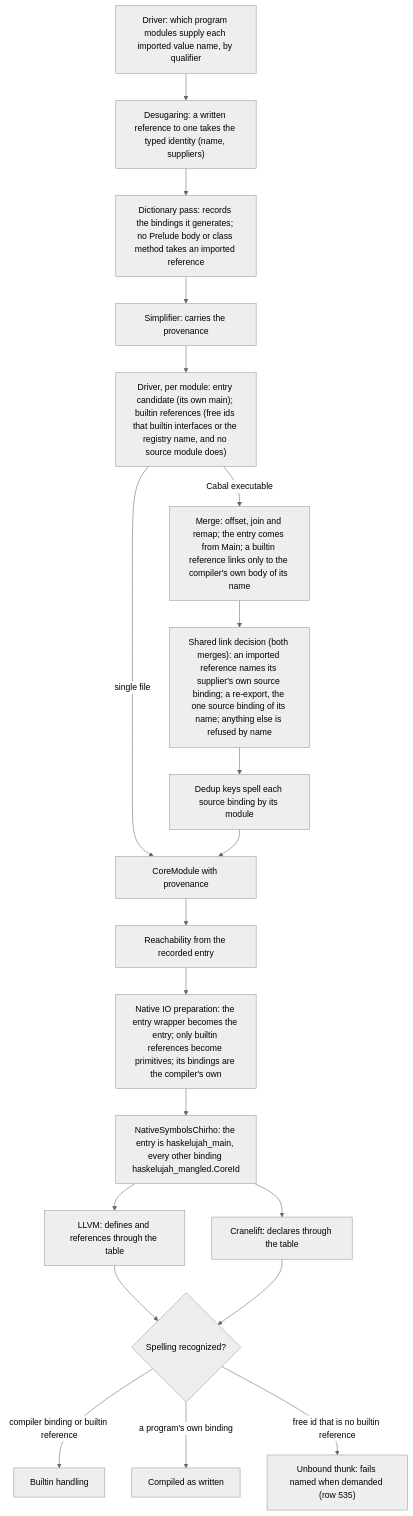
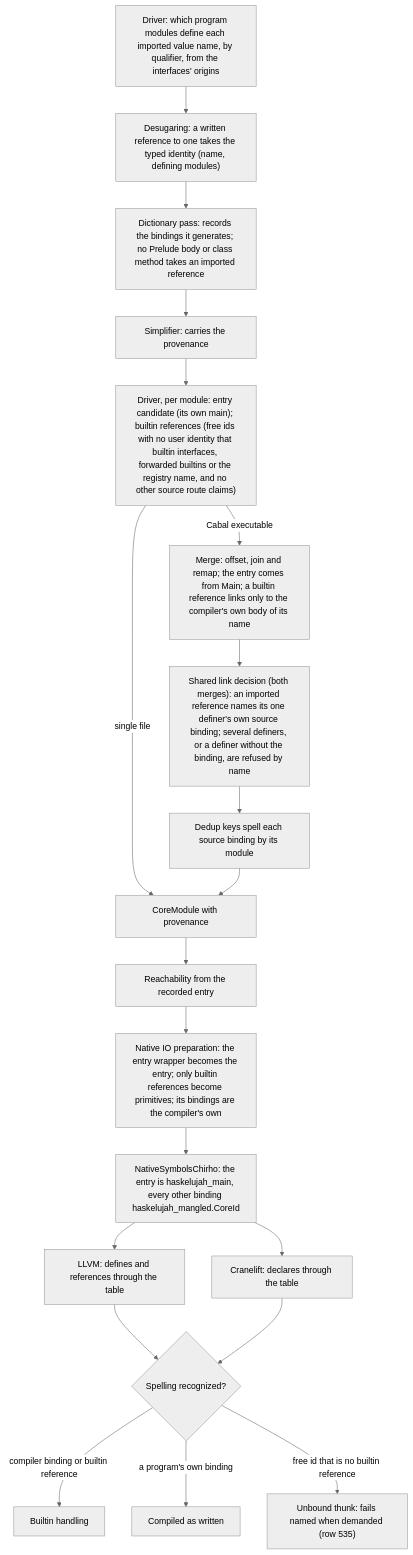
The diagram in spec-chirho/workflows-chirho/compiler-pipeline-chirho/native-symbol-identity-chirho.md (loveJesus/haskelujah-chirho), drawn with Mermaid (neutral theme) before and after one commit. The commit also changed other lines of this file and 17 other files, not shown here.

````diff
--- a/spec-chirho/workflows-chirho/compiler-pipeline-chirho/native-symbol-identity-chirho.md
+++ b/spec-chirho/workflows-chirho/compiler-pipeline-chirho/native-symbol-identity-chirho.md
@@ -8,22 +10,22 @@
 ```mermaid
 flowchart TD
-    suppliers_chirho["Driver: which program modules supply each imported value name, by qualifier"] --> desugar_chirho["Desugaring: a written reference to one takes the typed identity (name, suppliers)"]
+    suppliers_chirho["Driver: which program modules define each imported value name, by qualifier, from the interfaces' origins"] --> desugar_chirho["Desugaring: a written reference to one takes the typed identity (name, defining modules)"]
     desugar_chirho --> dict_chirho
     dict_chirho["Dictionary pass: records the bindings it generates; no Prelude body or class method takes an imported reference"] --> simplify_chirho["Simplifier: carries the provenance"]
-    simplify_chirho --> driver_chirho["Driver, per module: entry candidate (its own main); builtin references (free ids that builtin interfaces or the registry name, and no source module does)"]
+    simplify_chirho --> driver_chirho["Driver, per module: entry candidate (its own main); builtin references (free ids with no user identity that builtin interfaces, forwarded builtins or the registry name, and no other source route claims)"]
     driver_chirho -->|single file| core_chirho[CoreModule with provenance]
     driver_chirho -->|Cabal executable| merge_chirho["Merge: offset, join and remap; the entry comes from Main; a builtin reference links only to the compiler's own body of its name"]
-    merge_chirho --> links_chirho["Shared link decision (both merges): an imported reference names its supplier's own source binding; a re-export, the one source binding of its name; anything else is refused by name"]
+    merge_chirho --> links_chirho["Shared link decision (both merges): an imported reference names its one definer's own source binding; several definers, or a definer without the binding, are refused by name"]
     links_chirho --> dedup_chirho["Dedup keys spell each source binding by its module"]
     dedup_chirho --> core_chirho
     core_chirho --> reach_chirho["Reachability from the recorded entry"]
     reach_chirho --> io_chirho["Native IO preparation: the entry wrapper becomes the entry; only builtin references become primitives; its bindings are the compiler's own"]
     io_chirho --> table_chirho["NativeSymbolsChirho: the entry is haskelujah_main, every other binding haskelujah_mangled.CoreId"]
     table_chirho --> llvm_chirho[LLVM: defines and references through the table]
     table_chirho --> cranelift_chirho[Cranelift: declares through the table]
     llvm_chirho --> dispatch_chirho{"Spelling recognized?"}
     cranelift_chirho --> dispatch_chirho
     dispatch_chirho -->|compiler binding or builtin reference| builtin_chirho[Builtin handling]
     dispatch_chirho -->|a program's own binding| code_chirho[Compiled as written]
     dispatch_chirho -->|free id that is no builtin reference| unbound_chirho["Unbound thunk: fails named when demanded (row 535)"]
 ```
````
